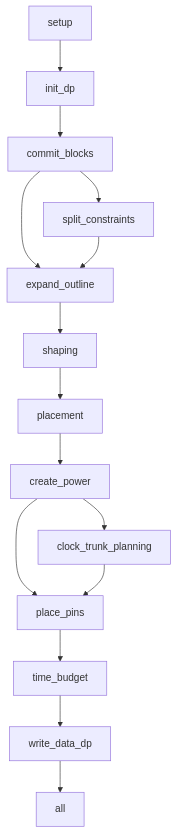
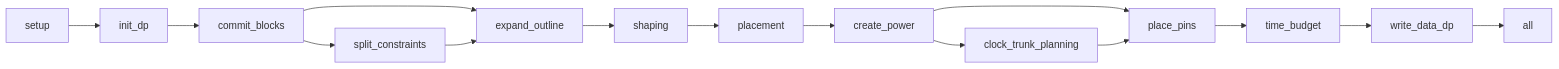
The sixth of 7 diagrams in ICC2DP.md (plusisland/ICC2), drawn with Mermaid before and after one commit. The commit also changed other lines of this file, not shown here.

````diff
--- a/ICC2DP.md
+++ b/ICC2DP.md
@@ -236,15 +397,15 @@
 ```mermaid
-flowchart TD
+flowchart LR
     setup["setup"] --> init_dp["init_dp"]
     init_dp --> commit_blocks["commit_blocks"]
     commit_blocks --> expand_outline["expand_outline"] & split_constraints["split_constraints"]
     split_constraints --> expand_outline
     expand_outline --> shaping["shaping"]
     shaping --> placement["placement"]
     placement --> create_power["create_power"]
     create_power --> clock_trunk_planning["clock_trunk_planning"] & place_pins["place_pins"]
     clock_trunk_planning --> place_pins
     place_pins --> time_budget["time_budget"]
     time_budget --> write_data_dp["write_data_dp"]
     write_data_dp --> all["all"]
 ```
````
